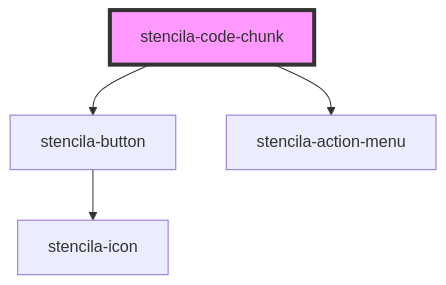
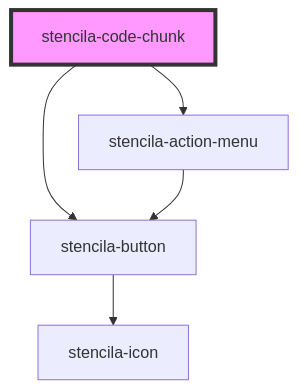
The diagram in packages/components/src/components/codeChunk/readme.md (stencila/designa), drawn with Mermaid before and after one commit. The commit also changed other lines of this file and 3 other files, not shown here.

Commit message:
feat(CodeChunk): Render CodeChunk evaluated outputs in the Outputs area

````diff
--- a/packages/components/src/components/codeChunk/readme.md
+++ b/packages/components/src/components/codeChunk/readme.md
@@ -28,7 +29,8 @@
 ```mermaid
 graph TD;
+  stencila-code-chunk --> stencila-action-menu
   stencila-code-chunk --> stencila-button
-  stencila-code-chunk --> stencila-action-menu
+  stencila-action-menu --> stencila-button
   stencila-button --> stencila-icon
   style stencila-code-chunk fill:#f9f,stroke:#333,stroke-width:4px
 ```
````
